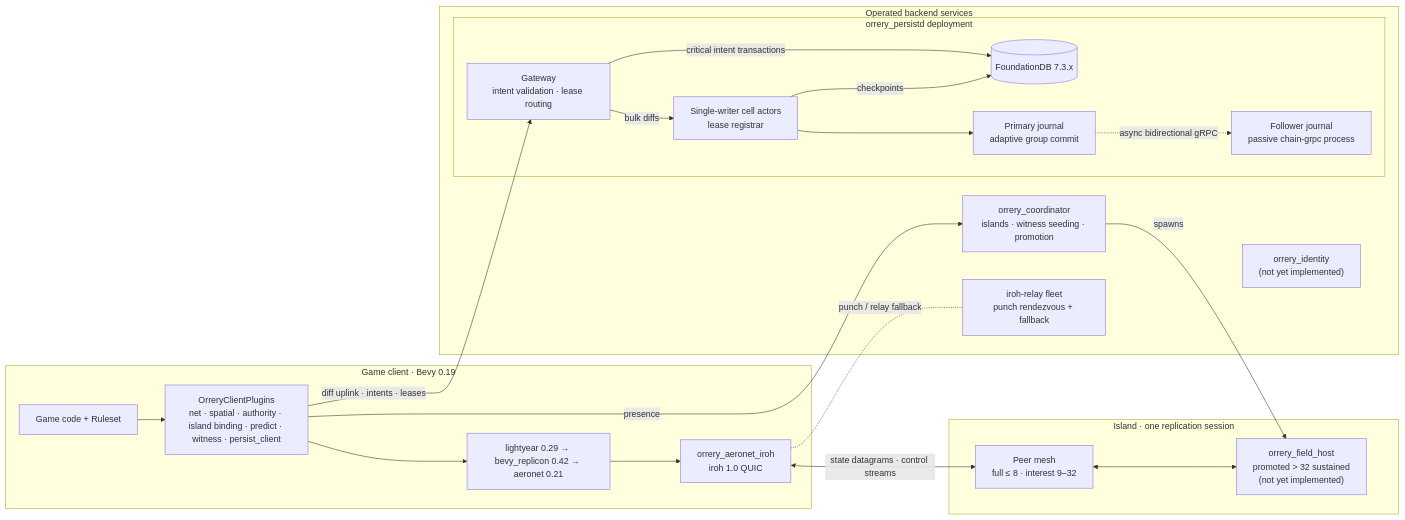
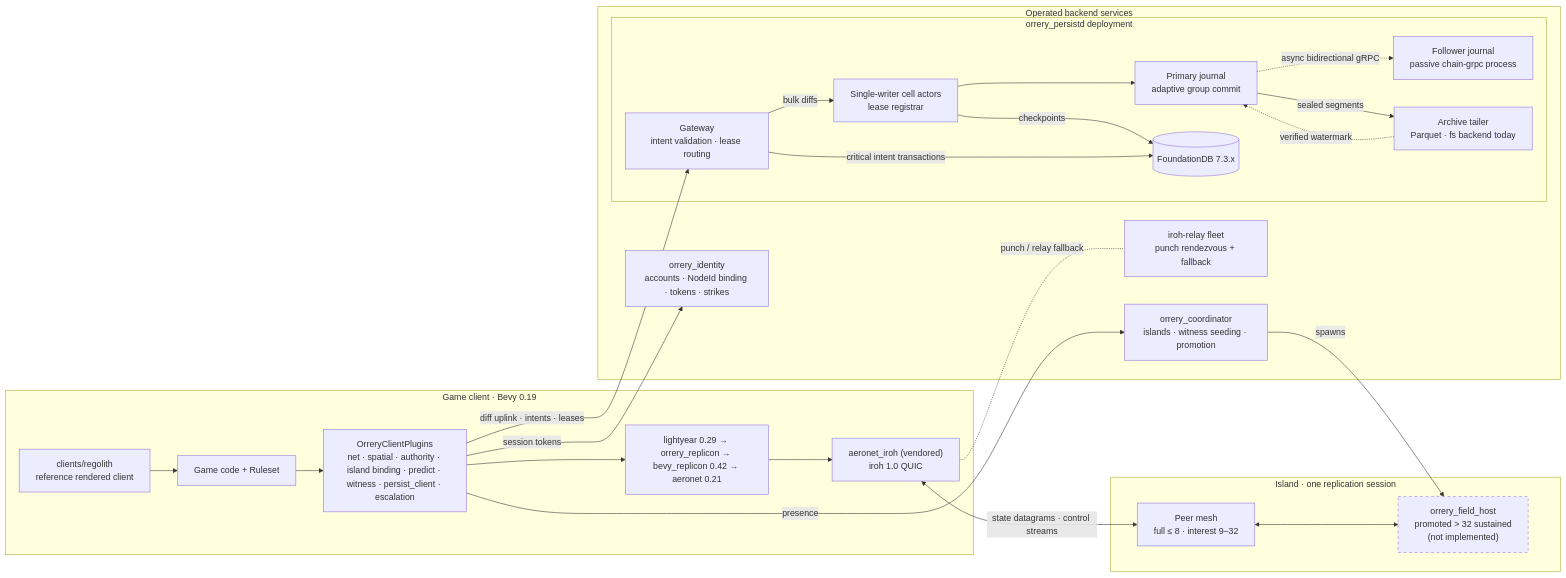
Before and after one commit to baadc0de/orrery: the diagram in README.md, drawn with Mermaid. The commit also changed other lines of this file, not shown here.

````diff
--- a/README.md
+++ b/README.md
@@ -170,40 +312,47 @@
 ```mermaid
 graph LR
     subgraph client["Game client · Bevy 0.19"]
         game["Game code + Ruleset"]
-        plugins["OrreryClientPlugins<br/>net · spatial · authority · island binding · predict · witness · persist_client"]
-        stack["lightyear 0.29 → bevy_replicon 0.42 → aeronet 0.21"]
-        io["orrery_aeronet_iroh<br/>iroh 1.0 QUIC"]
-        game --> plugins --> stack --> io
+        skin["clients/regolith<br/>reference rendered client"]
+        plugins["OrreryClientPlugins<br/>net · spatial · authority · island binding · predict · witness · persist_client · escalation"]
+        stack["lightyear 0.29 → orrery_replicon → bevy_replicon 0.42 → aeronet 0.21"]
+        io["aeronet_iroh (vendored)<br/>iroh 1.0 QUIC"]
+        skin --> game --> plugins --> stack --> io
     end
 
     subgraph island["Island · one replication session"]
         peers["Peer mesh<br/>full ≤ 8 · interest 9–32"]
-        fieldhost["orrery_field_host<br/>promoted &gt; 32 sustained<br/>(not yet implemented)"]
+        fieldhost["orrery_field_host<br/>promoted &gt; 32 sustained<br/>(not implemented)"]
         peers <--> fieldhost
     end
 
     subgraph backend["Operated backend services"]
         relays["iroh-relay fleet<br/>punch rendezvous + fallback"]
         coord["orrery_coordinator<br/>islands · witness seeding · promotion"]
-        identity["orrery_identity<br/>(not yet implemented)"]
+        identity["orrery_identity<br/>accounts · NodeId binding · tokens · strikes"]
         subgraph persistd["orrery_persistd deployment"]
             gateway["Gateway<br/>intent validation · lease routing"]
             actors["Single-writer cell actors<br/>lease registrar"]
             journal["Primary journal<br/>adaptive group commit"]
             mirror["Follower journal<br/>passive chain-grpc process"]
+            tailer["Archive tailer<br/>Parquet · fs backend today"]
             fdb[("FoundationDB 7.3.x")]
             gateway -->|"bulk diffs"| actors
             actors --> journal
             journal -.->|"async bidirectional gRPC"| mirror
+            journal -->|"sealed segments"| tailer
+            tailer -.->|"verified watermark"| journal
             actors -->|"checkpoints"| fdb
             gateway -->|"critical intent transactions"| fdb
         end
     end
 
     io <-->|"state datagrams · control streams"| peers
     io -.-|"punch / relay fallback"| relays
     plugins -->|"presence"| coord
     plugins -->|"diff uplink · intents · leases"| gateway
+    plugins -->|"session tokens"| identity
     coord -->|"spawns"| fieldhost
+    classDef planned stroke-dasharray: 5 5;
+    class fieldhost planned;
 ```
````
